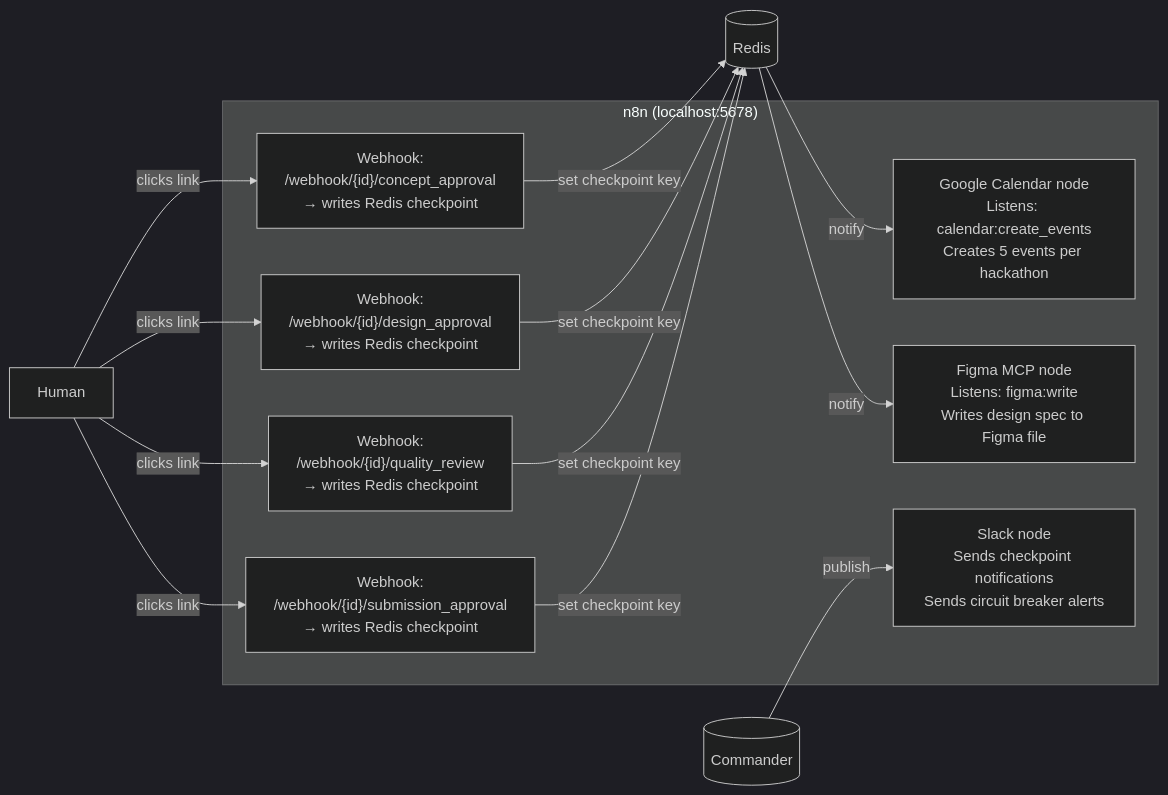
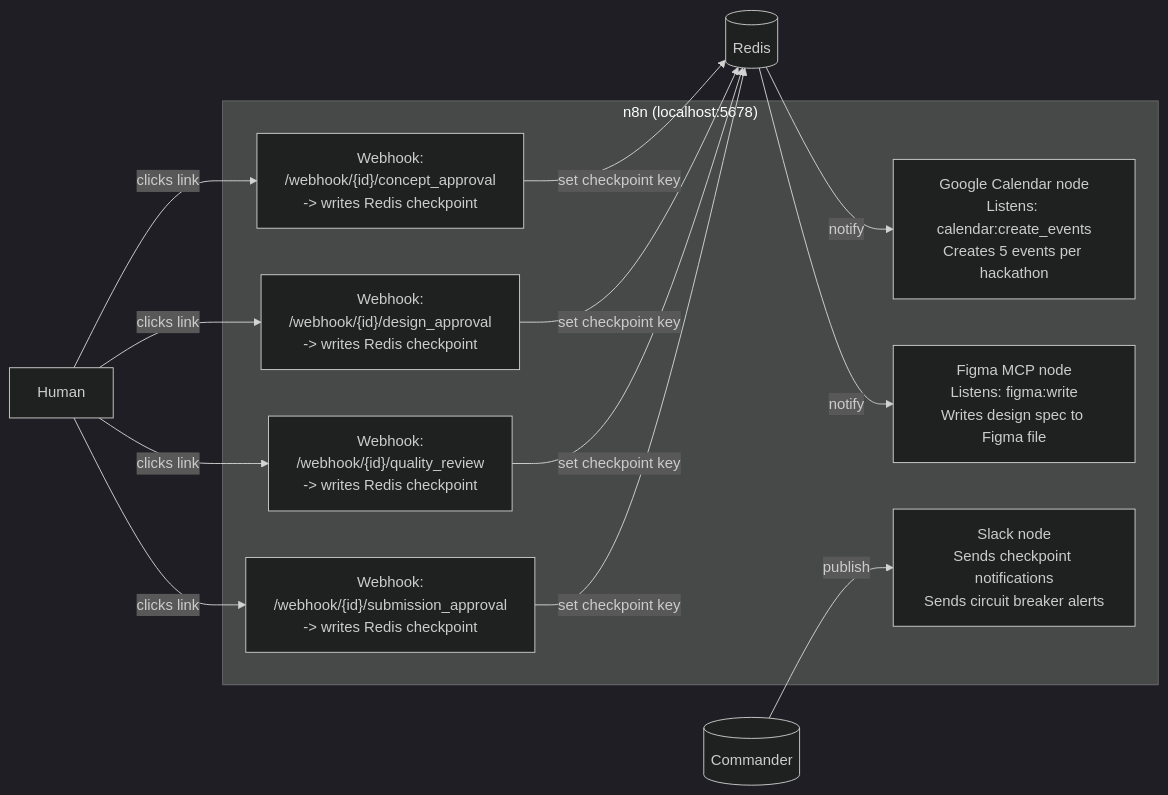
The fourth of 4 diagrams in docs/07-infrastructure.md (snowby666/forge), drawn with Mermaid (dark theme) before and after one commit. The commit also changed other lines of this file and 7 other files, not shown here.

````diff
--- a/docs/07-infrastructure.md
+++ b/docs/07-infrastructure.md
@@ -185,20 +185,20 @@
 ```mermaid
 graph LR
     subgraph N8N["n8n (localhost:5678)"]
-        W1["Webhook:\n/webhook/{id}/concept_approval\n→ writes Redis checkpoint"]
-        W2["Webhook:\n/webhook/{id}/design_approval\n→ writes Redis checkpoint"]
-        W3["Webhook:\n/webhook/{id}/quality_review\n→ writes Redis checkpoint"]
-        W4["Webhook:\n/webhook/{id}/submission_approval\n→ writes Redis checkpoint"]
+        W1["Webhook:\n/webhook/{id}/concept_approval\n-> writes Redis checkpoint"]
+        W2["Webhook:\n/webhook/{id}/design_approval\n-> writes Redis checkpoint"]
+        W3["Webhook:\n/webhook/{id}/quality_review\n-> writes Redis checkpoint"]
+        W4["Webhook:\n/webhook/{id}/submission_approval\n-> writes Redis checkpoint"]
 
         CAL["Google Calendar node\nListens: calendar:create_events\nCreates 5 events per hackathon"]
 
         FIG["Figma MCP node\nListens: figma:write\nWrites design spec to Figma file"]
 
         SLACK["Slack node\nSends checkpoint notifications\nSends circuit breaker alerts"]
     end
 
     HUMAN["Human"] -->|clicks link| W1 & W2 & W3 & W4
     W1 & W2 & W3 & W4 -->|set checkpoint key| RD[("Redis")]
     RD -->|notify| CAL & FIG
     CMD[("Commander")] -->|publish| SLACK
 ```
````
